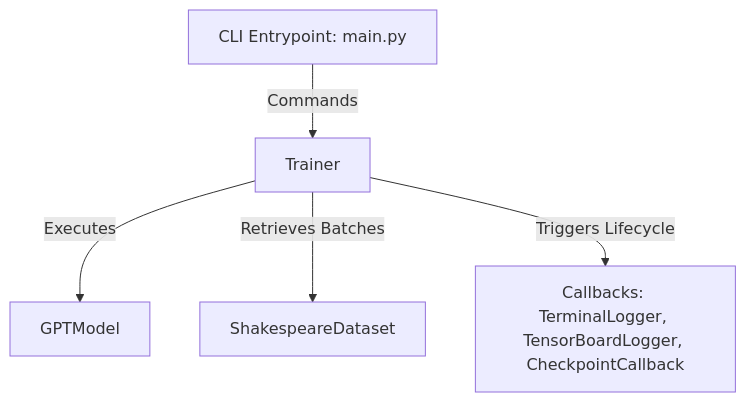
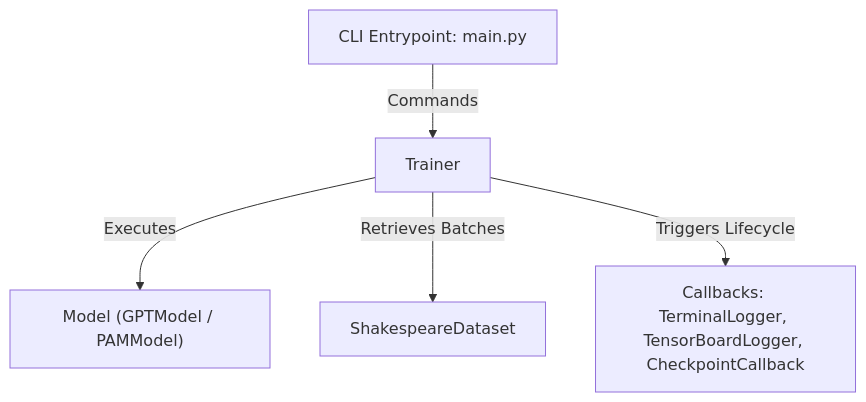
The diagram in README.md (eberlful/llm_benchmark), drawn with Mermaid before and after one commit. The commit also changed other lines of this file and 1 other file, not shown here.

Commit message:
Update README.md with PAM model support and runs/ ignore

````diff
--- a/README.md
+++ b/README.md
@@ -17,7 +17,7 @@
 ```mermaid
 graph TD
     CLI[CLI Entrypoint: main.py] -->|Commands| Trainer[Trainer]
-    Trainer -->|Executes| Model[GPTModel]
+    Trainer -->|Executes| Model["Model (GPTModel / PAMModel)"]
     Trainer -->|Retrieves Batches| Dataset[ShakespeareDataset]
     Trainer -->|Triggers Lifecycle| Callbacks[Callbacks: TerminalLogger, TensorBoardLogger, CheckpointCallback]
 ```
````
